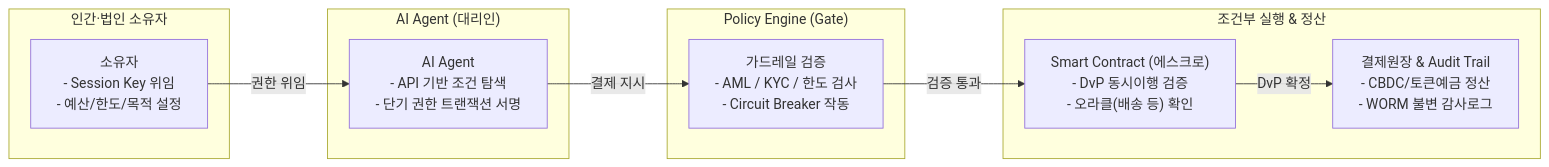
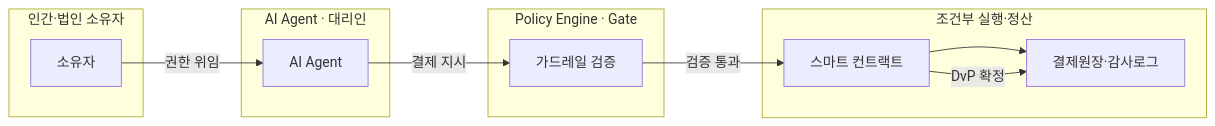
The third of 3 diagrams in src/content/docs/notes/itpe/01-it-strategy/110_programmable_money_ai_agents.md (agnusdei1207/study), drawn with Mermaid before and after one commit. The commit also changed other lines of this file and 18 other files, not shown here.

````diff
--- a/src/content/docs/notes/itpe/01-it-strategy/110_programmable_money_ai_agents.md
+++ b/src/content/docs/notes/itpe/01-it-strategy/110_programmable_money_ai_agents.md
@@ -149,21 +140,20 @@
 ```mermaid
 flowchart LR
     subgraph PRINCIPAL["인간·법인 소유자"]
-        O["소유자<br/>- Session Key 위임<br/>- 예산/한도/목적 설정"]
+        O["소유자"]
     end
-    subgraph AGENT["AI Agent (대리인)"]
-        A["AI Agent<br/>- API 기반 조건 탐색<br/>- 단기 권한 트랜잭션 서명"]
+    subgraph AGENT["AI Agent · 대리인"]
+        A["AI Agent"]
     end
-    subgraph POLICY["Policy Engine (Gate)"]
-        P["가드레일 검증<br/>- AML / KYC / 한도 검사<br/>- Circuit Breaker 작동"]
+    subgraph POLICY["Policy Engine · Gate"]
+        P["가드레일 검증"]
     end
-    subgraph EXEC["조건부 실행 & 정산"]
-        S["Smart Contract (에스크로)<br/>- DvP 동시이행 검증<br/>- 오라클(배송 등) 확인"]
-        L["결제원장 & Audit Trail<br/>- CBDC/토큰예금 정산<br/>- WORM 불변 감사로그"]
+    subgraph EXEC["조건부 실행·정산"]
+        S["스마트 컨트랙트"] --> L["결제원장·감사로그"]
     end
 
     O -->|권한 위임| A
     A -->|결제 지시| P
     P -->|검증 통과| S
     S -->|DvP 확정| L
 ```
````
